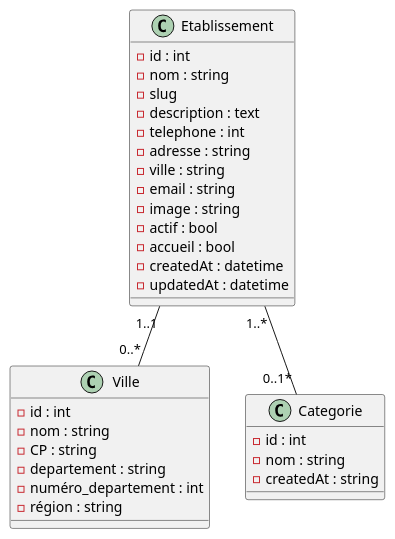
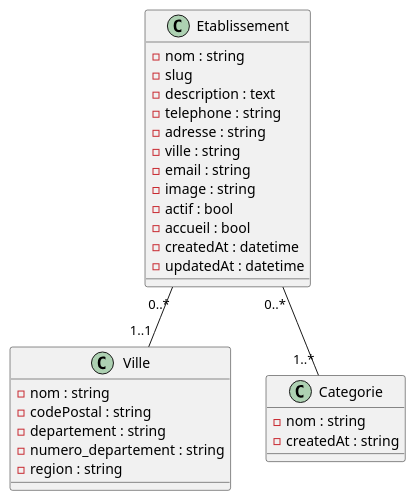
Before and after one commit to tvGuy2/Projet_tourisme: the diagram in documentation/diagramme_de_classe.puml, drawn with PlantUML. The commit also changed 13 other files, not shown here.

```diff
--- a/documentation/diagramme_de_classe.puml
+++ b/documentation/diagramme_de_classe.puml
@@ -1,40 +1,37 @@
 @startuml
 
 
 class Etablissement {
--id : int
 -nom : string
 -slug
 -description : text
--telephone : int
+-telephone : string
 -adresse : string
 -ville : string
 -email : string
 -image : string
 -actif : bool
 -accueil : bool
 -createdAt : datetime
 -updatedAt : datetime
 }
 
 class Ville {
--id : int
 -nom : string
--CP : string
+-codePostal : string
 -departement : string
--numéro_departement : int
--région : string
+-numero_departement : string
+-region : string
 }
 
 class Categorie {
--id : int
 -nom : string
 -createdAt : string
 }
 
-Etablissement "1..*" -- "0..1*" Categorie
-Etablissement "1..1" -- "0..*" Ville
+Etablissement "0..*" -- "1..*" Categorie
+Etablissement "0..*" -- "1..1" Ville
 
 
 
 @enduml
```
